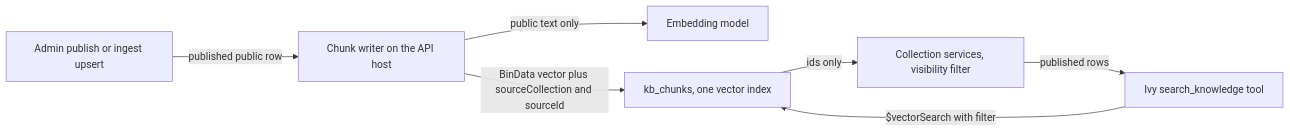
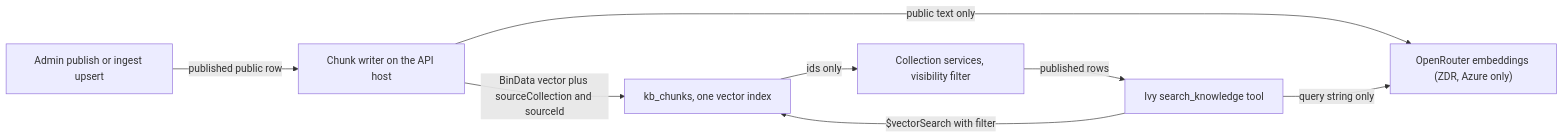
Before and after one commit to wbaxterh/vegan-grove-docs: the diagram in docs/architecture/adrs/adr-0014-knowledge-base.md, drawn with Mermaid. The commit also changed other lines of this file and 7 other files, not shown here.

First line of the commit message:
docs: OpenRouter embeddings in ADR-0014, Creators name decided (#12)

````diff
--- a/docs/architecture/adrs/adr-0014-knowledge-base.md
+++ b/docs/architecture/adrs/adr-0014-knowledge-base.md
@@ -49,9 +52,10 @@
 ```mermaid
 flowchart LR
   Publish["Admin publish or ingest upsert"] -->|"published public row"| Writer["Chunk writer on the API host"]
-  Writer -->|"public text only"| Embed["Embedding model"]
+  Writer -->|"public text only"| Embed["OpenRouter embeddings (ZDR, Azure only)"]
   Writer -->|"BinData vector plus sourceCollection and sourceId"| Chunks["kb_chunks, one vector index"]
-  Ivy["Ivy search_knowledge tool"] -->|"$vectorSearch with filter"| Chunks
+  Ivy["Ivy search_knowledge tool"] -->|"query string only"| Embed
+  Ivy -->|"$vectorSearch with filter"| Chunks
   Chunks -->|"ids only"| Services["Collection services, visibility filter"]
   Services -->|"published rows"| Ivy
 ```
````
